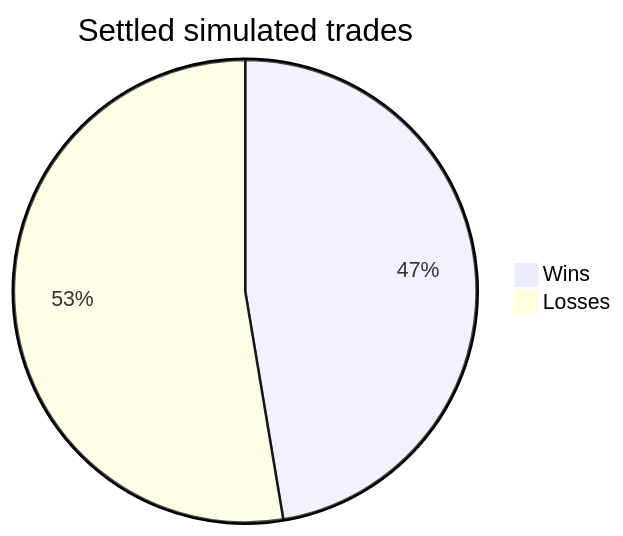
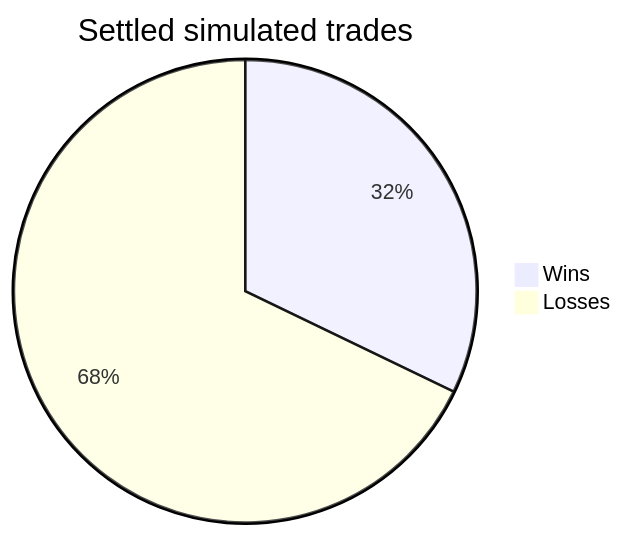
Before and after one commit to cheeseonamonkey/PaperLab: the diagram in docs/bots/research_linear.md, drawn with Mermaid. The commit also changed other lines of this file and 34 other files, not shown here.

````diff
--- a/docs/bots/research_linear.md
+++ b/docs/bots/research_linear.md
@@ -22,5 +22,5 @@
 ```mermaid
 pie title Settled simulated trades
     "Wins" : 9
-    "Losses" : 10
+    "Losses" : 19
 ```
````
